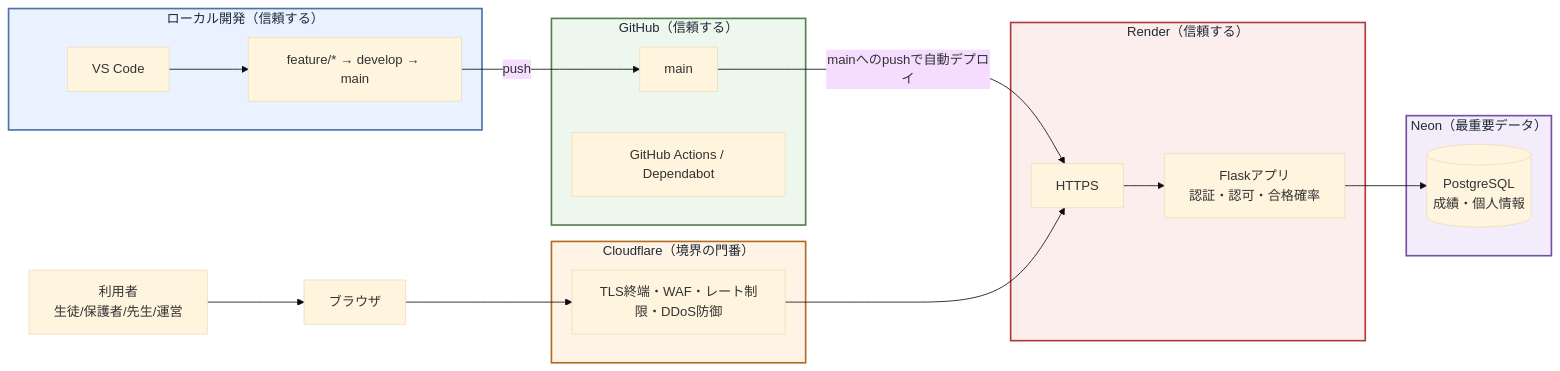
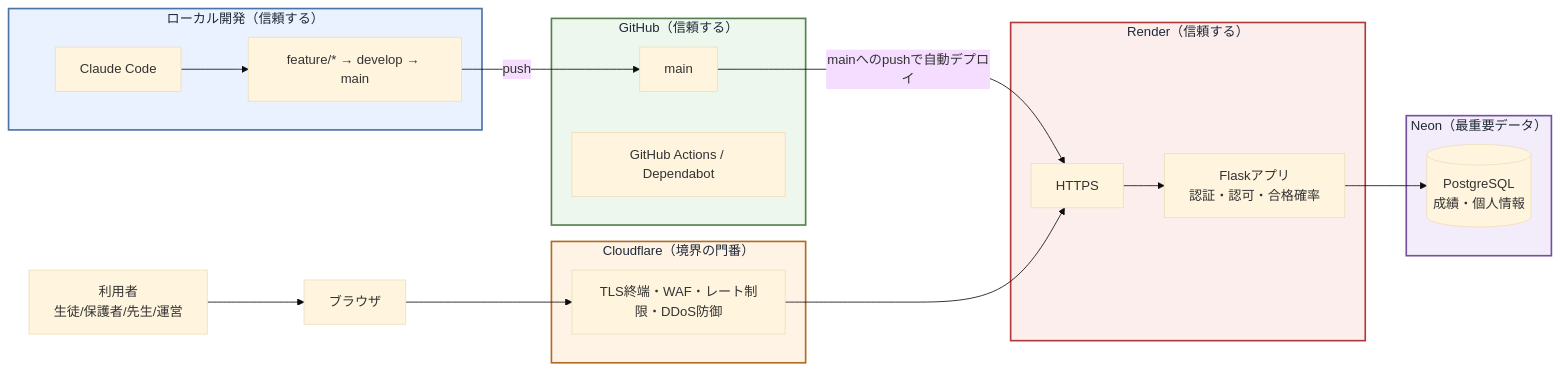
One commit to Akimitsu-Shigemi/juku-seiseki-app changed the second of 2 diagrams in README.md. Above: the diagram before and after it, drawn with Mermaid (base theme). The commit also changed other lines of this file and 20 other files, not shown here.

````diff
--- a/README.md
+++ b/README.md
@@ -108,41 +108,41 @@
 ```mermaid
 flowchart LR
     User["利用者<br/>生徒/保護者/先生/運営"] --> Browser["ブラウザ"]
 
     subgraph Local["ローカル開発（信頼する）"]
-        VSCode["VS Code"]
+        ClaudeCode["Claude Code"]
         Branches["feature/* → develop → main"]
-        VSCode --> Branches
+        ClaudeCode --> Branches
     end
 
     subgraph GitHubBox["GitHub（信頼する）"]
         GitHubMain["main"]
         Guards["GitHub Actions / Dependabot"]
     end
 
     subgraph Edge["Cloudflare（境界の門番）"]
         CF["TLS終端・WAF・レート制限・DDoS防御"]
     end
 
     subgraph RenderService["Render（信頼する）"]
         HTTPS["HTTPS"]
         Flask["Flaskアプリ<br/>認証・認可・合格確率"]
         HTTPS --> Flask
     end
 
     subgraph NeonDB["Neon（最重要データ）"]
         Neon[("PostgreSQL<br/>成績・個人情報")]
     end
 
     Branches -->|push| GitHubMain
     GitHubMain -->|mainへのpushで自動デプロイ| HTTPS
     Browser --> CF
     CF --> HTTPS
     Flask --> Neon
 
     style Local        fill:#eaf2ff,stroke:#4a74a5,stroke-width:2px,color:#1f2937
     style GitHubBox    fill:#edf7ed,stroke:#54804d,stroke-width:2px,color:#1f2937
     style Edge         fill:#fff3e5,stroke:#b36b24,stroke-width:2px,color:#1f2937
     style RenderService fill:#fdeeee,stroke:#b03a3a,stroke-width:2px,color:#1f2937
     style NeonDB       fill:#f3ecfa,stroke:#7351a1,stroke-width:2px,color:#1f2937
 ```
````
